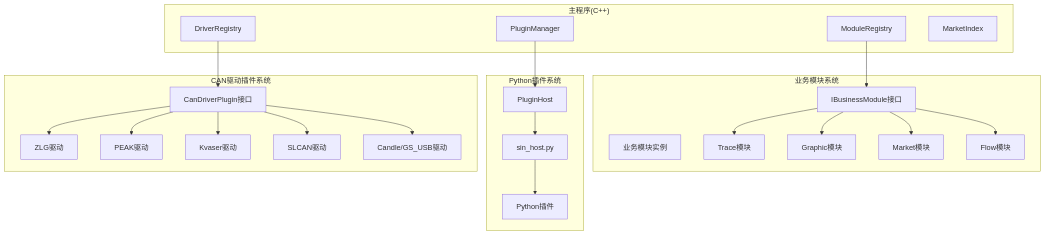
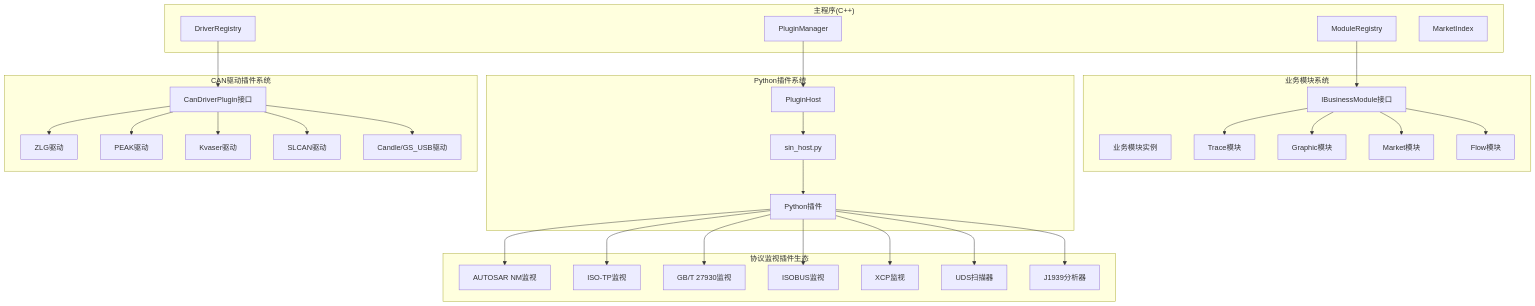
The first of 3 diagrams in .qoder/repowiki/zh/content/架构设计/插件系统架构/插件系统架构.md (jakecai1225-design/OpenBus), drawn with Mermaid before and after one commit. The commit also changed other lines of this file and 80 other files, not shown here.

Commit message:
graphic 优化

````diff
--- a/.qoder/repowiki/zh/content/架构设计/插件系统架构/插件系统架构.md
+++ b/.qoder/repowiki/zh/content/架构设计/插件系统架构/插件系统架构.md
@@ -78,44 +91,60 @@
 ```mermaid
 graph TB
 subgraph "主程序(C++)"
 PM["PluginManager"]
 DR["DriverRegistry"]
 MR["ModuleRegistry"]
 MI["MarketIndex"]
 end
 subgraph "业务模块系统"
 IM["IBusinessModule接口"]
 BM["业务模块实例"]
 TM["Trace模块"]
 GM["Graphic模块"]
 MM["Market模块"]
 FM["Flow模块"]
 end
 subgraph "Python插件系统"
 PH["PluginHost"]
 SH["sin_host.py"]
 PLUGINS["Python插件"]
 end
+subgraph "协议监视插件生态"
+ANM["AUTOSAR NM监视"]
+ITP["ISO-TP监视"]
+G27930["GB/T 27930监视"]
+ISB["ISOBUS监视"]
+XCP["XCP监视"]
+UDS["UDS扫描器"]
+J1939["J1939分析器"]
+end
 subgraph "CAN驱动插件系统"
 CDP["CanDriverPlugin接口"]
 ZLG["ZLG驱动"]
 PEAK["PEAK驱动"]
 KVASER["Kvaser驱动"]
 SLCAN["SLCAN驱动"]
 CANDLE["Candle/GS_USB驱动"]
 end
 PM --> PH
 PH --> SH
 SH --> PLUGINS
+PLUGINS --> ANM
+PLUGINS --> ITP
+PLUGINS --> G27930
+PLUGINS --> ISB
+PLUGINS --> XCP
+PLUGINS --> UDS
+PLUGINS --> J1939
 DR --> CDP
 CDP --> ZLG
 CDP --> PEAK
 CDP --> KVASER
 CDP --> SLCAN
 CDP --> CANDLE
 MR --> IM
 IM --> TM
 IM --> GM
 IM --> MM
 IM --> FM
 ```
````
